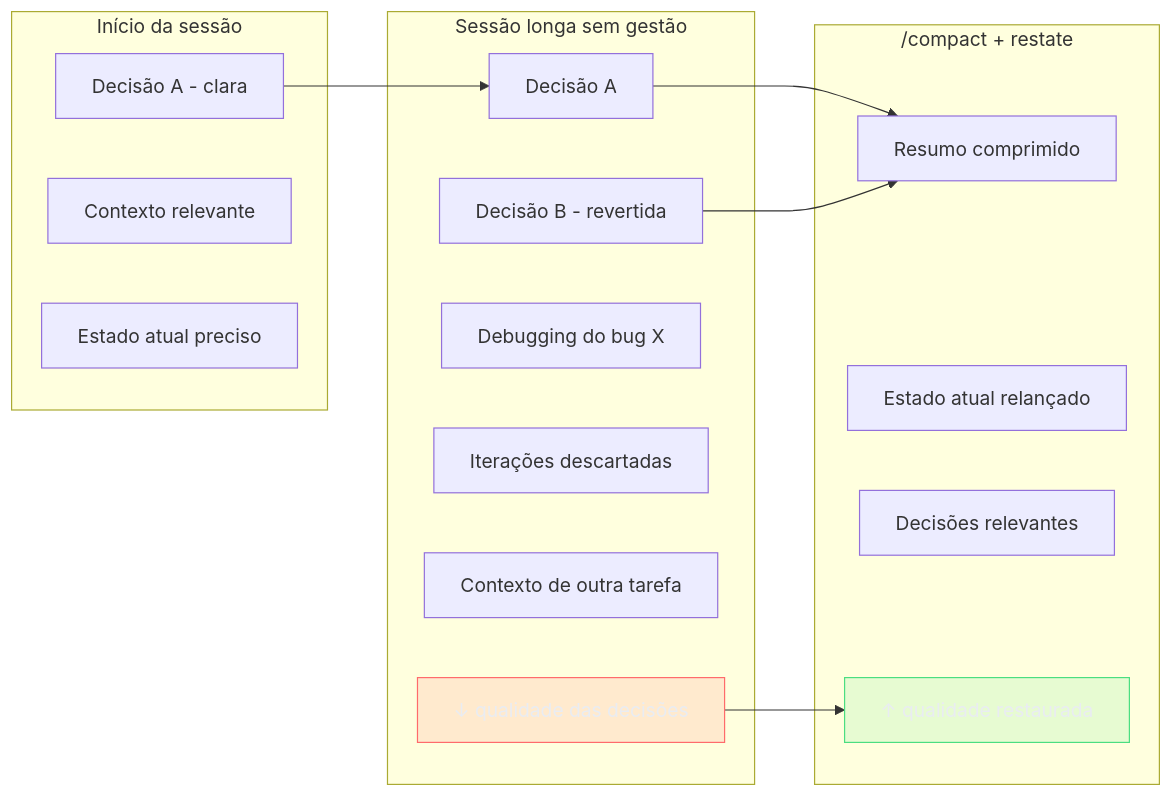
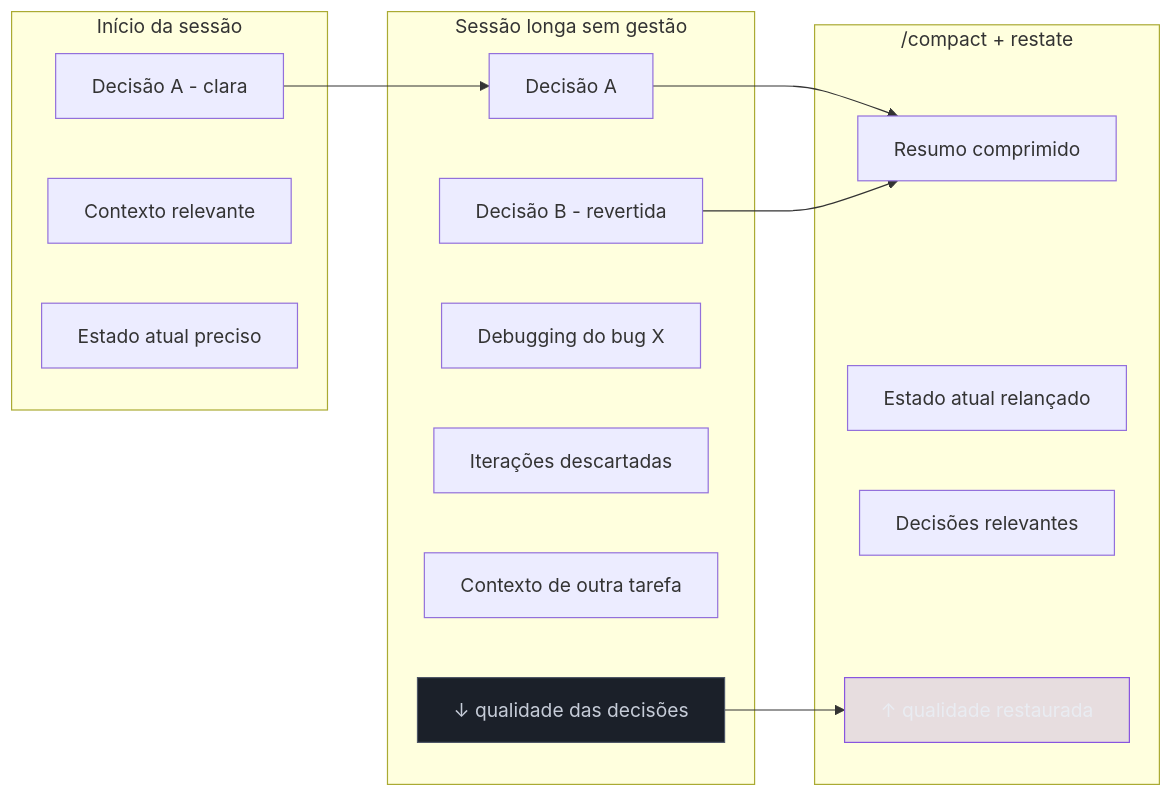
One commit to josenaldo/codex-technomanticus changed the first of 2 diagrams in 03-Dominios/Tecnologia/IA/Claude Code/Workflows/10 - Gestão de contexto.md. Above: the diagram before and after it, drawn with Mermaid. The commit also changed other lines of this file and 601 other files, not shown here.

````diff
--- a/03-Dominios/Tecnologia/IA/Claude Code/Workflows/10 - Gestão de contexto.md
+++ b/03-Dominios/Tecnologia/IA/Claude Code/Workflows/10 - Gestão de contexto.md
@@ -33,34 +33,34 @@
 ```mermaid
 flowchart LR
-    classDef falha fill:#FF6B6B24,stroke:#FF6B6B,color:#E9ECF2
-    classDef ok fill:#4ADE8021,stroke:#4ADE80,color:#E9ECF2
+    classDef marca fill:#8855DF33,stroke:#8855DF,color:#E9ECF2
+    classDef neutro fill:#1B2029,stroke:#4E5666,color:#C6CCD8
     subgraph "Início da sessão"
         A1[Decisão A - clara]
         A2[Contexto relevante]
         A3[Estado atual preciso]
     end
 
     subgraph "Sessão longa sem gestão"
         B1[Decisão A]
         B2[Decisão B - revertida]
         B3[Debugging do bug X]
         B4[Iterações descartadas]
         B5[Contexto de outra tarefa]
         B6["↓ qualidade das decisões"]
     end
 
     subgraph "/compact + restate"
         C1[Resumo comprimido]
         C2[Estado atual relançado]
         C3[Decisões relevantes]
         C4["↑ qualidade restaurada"]
     end
 
     A1 --> B1
     B1 --> C1
     B2 --> C1
     B6 --> C4
 
-    class B6 falha
-    class C4 ok
+    class B6 neutro
+    class C4 marca
 ```
````
